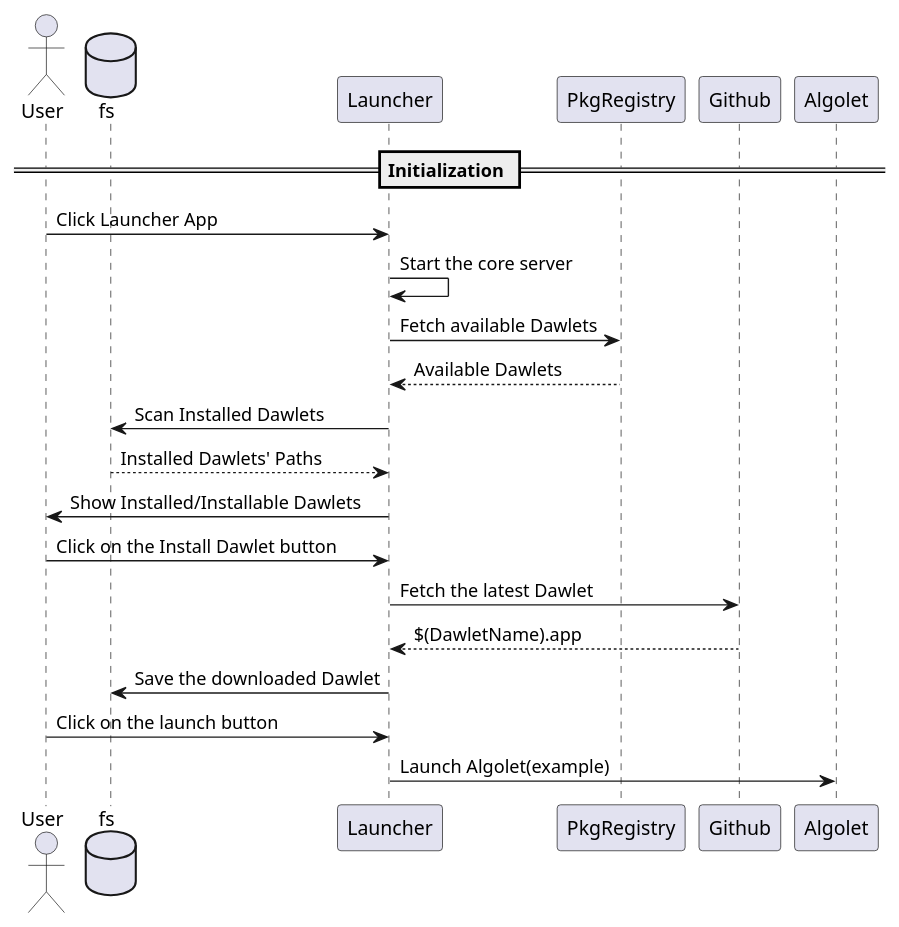
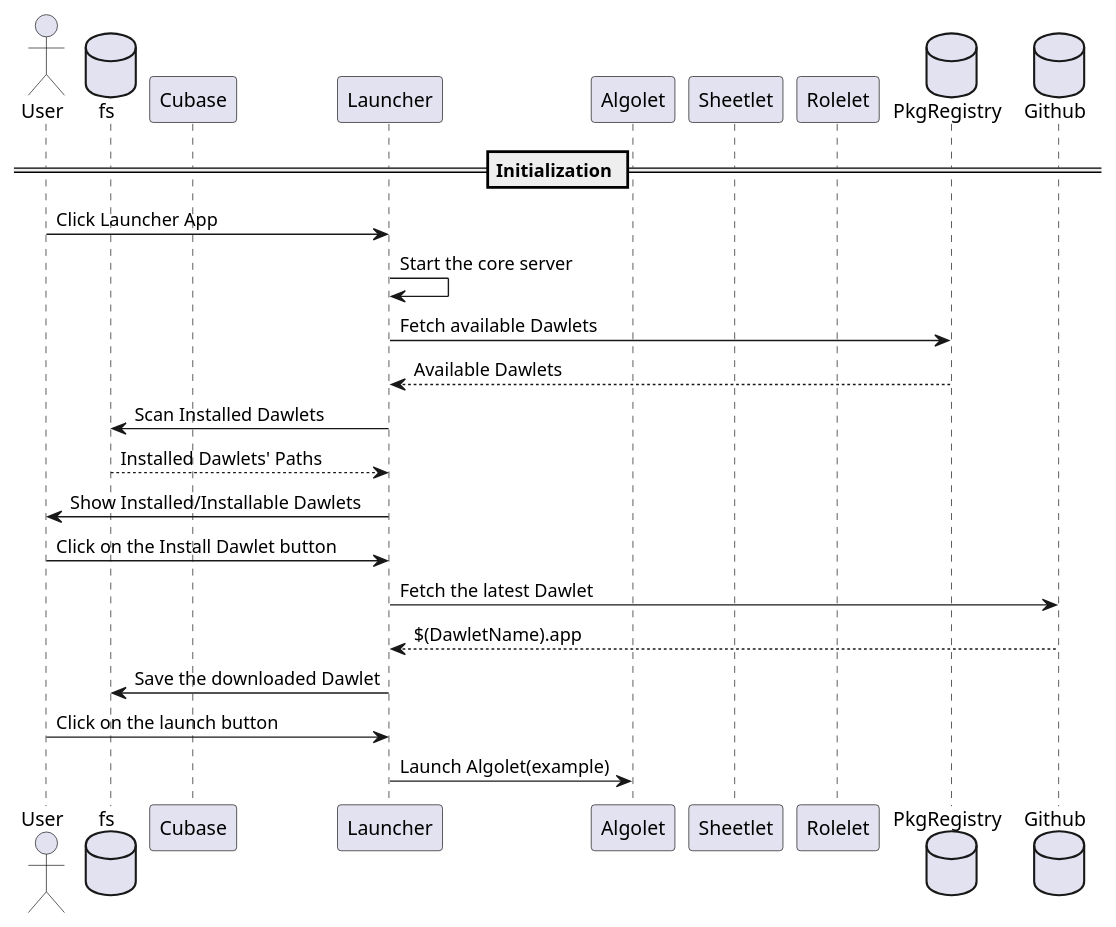
One commit to dawlet-team/dawlet-poc changed the diagram in yogo/docs/sequence.pu. Above: the diagram before and after it, drawn with PlantUML.

Commit message:
docs: organize participants in sequence diagram

```diff
--- a/yogo/docs/sequence.pu
+++ b/yogo/docs/sequence.pu
@@ -1,22 +1,29 @@
-@startuml
+@startuml Dawlet Sequence
 actor User
 database fs
+participant Cubase
+participant Launcher
+participant Algolet
+participant Sheetlet
+participant Rolelet
+database PkgRegistry
+database Github
 
 
 == Initialization ==
 
 User -> Launcher: Click Launcher App
 Launcher -> Launcher: Start the core server
 Launcher -> PkgRegistry: Fetch available Dawlets
 Launcher <-- PkgRegistry: Available Dawlets
 Launcher -> fs: Scan Installed Dawlets
 fs --> Launcher: Installed Dawlets' Paths
 User <- Launcher: Show Installed/Installable Dawlets
 User -> Launcher: Click on the Install Dawlet button
 Launcher -> Github: Fetch the latest Dawlet
 Launcher <-- Github: $(DawletName).app
 fs <- Launcher: Save the downloaded Dawlet
 User -> Launcher: Click on the launch button
 Launcher -> Algolet: Launch Algolet(example)
 
 @enduml
```
